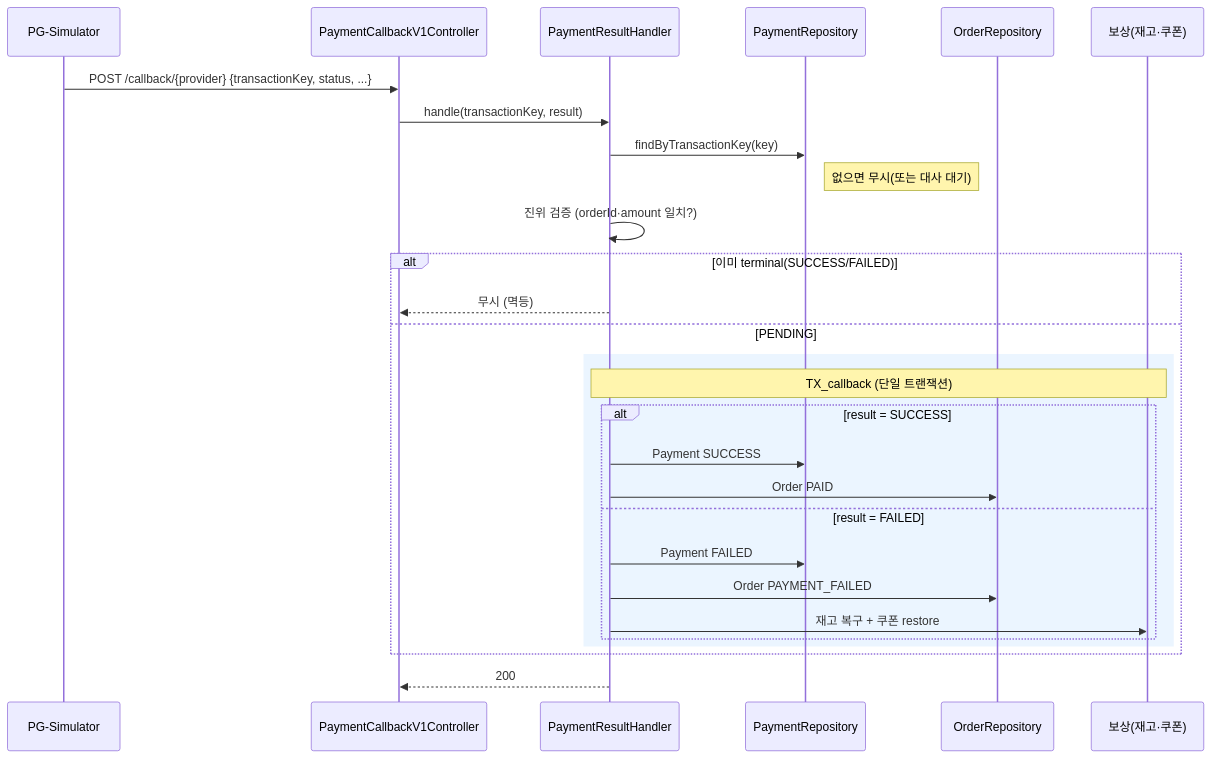
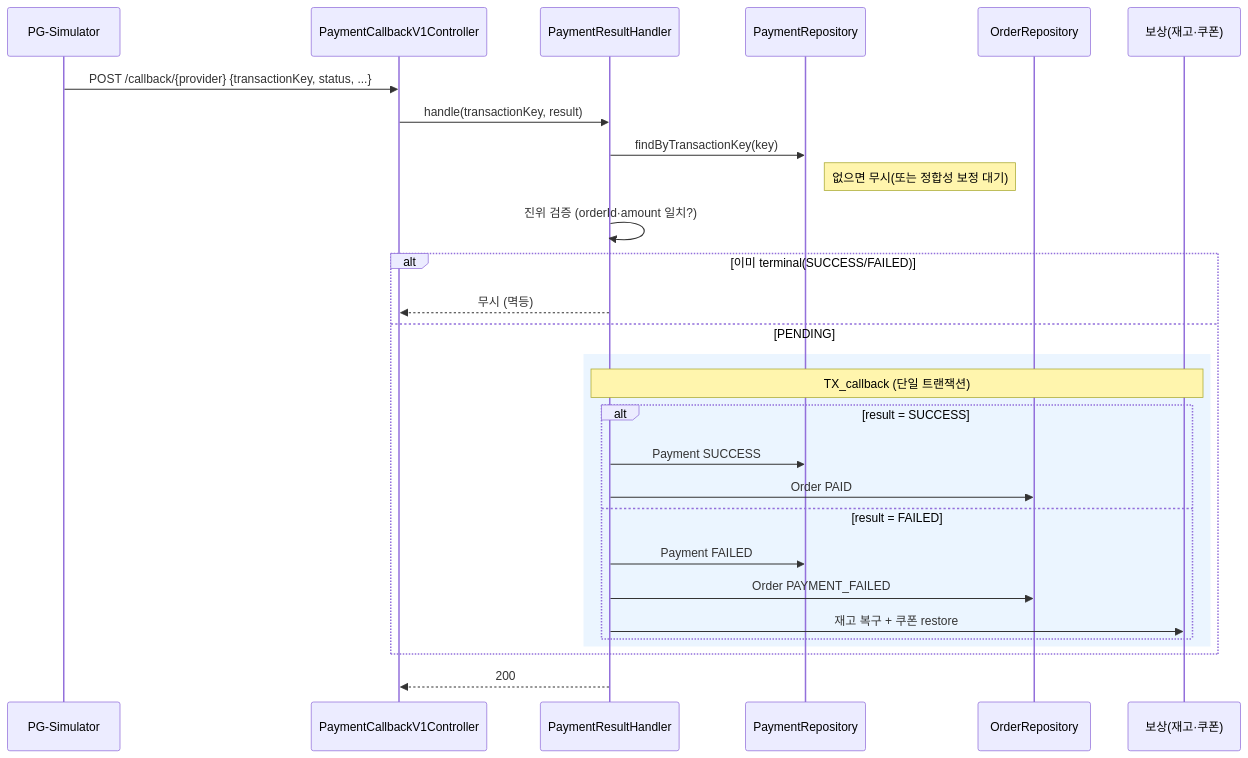
The third of 4 diagrams in docs/week6/02-sequence-diagrams.md (loopers-labs/loop-pack-be-l2-vol4-java), drawn with Mermaid before and after one commit. The commit also changed other lines of this file and 4 other files, not shown here.

````diff
--- a/docs/week6/02-sequence-diagrams.md
+++ b/docs/week6/02-sequence-diagrams.md
@@ -85,31 +85,31 @@
 ```mermaid
 sequenceDiagram
     participant PG as PG-Simulator
     participant C as PaymentCallbackV1Controller
     participant H as PaymentResultHandler
     participant PR as PaymentRepository
     participant O as OrderRepository
     participant Comp as 보상(재고·쿠폰)
 
     PG->>C: POST /callback/{provider} {transactionKey, status, ...}
     C->>H: handle(transactionKey, result)
     H->>PR: findByTransactionKey(key)
-    note right of PR: 없으면 무시(또는 대사 대기)
+    note right of PR: 없으면 무시(또는 정합성 보정 대기)
     H->>H: 진위 검증 (orderId·amount 일치?)
     alt 이미 terminal(SUCCESS/FAILED)
         H-->>C: 무시 (멱등)
     else PENDING
         rect rgb(235,245,255)
         note over H,Comp: TX_callback (단일 트랜잭션)
         alt result = SUCCESS
             H->>PR: Payment SUCCESS
             H->>O: Order PAID
         else result = FAILED
             H->>PR: Payment FAILED
             H->>O: Order PAYMENT_FAILED
             H->>Comp: 재고 복구 + 쿠폰 restore
         end
         end
     end
     H-->>C: 200
 ```
````
